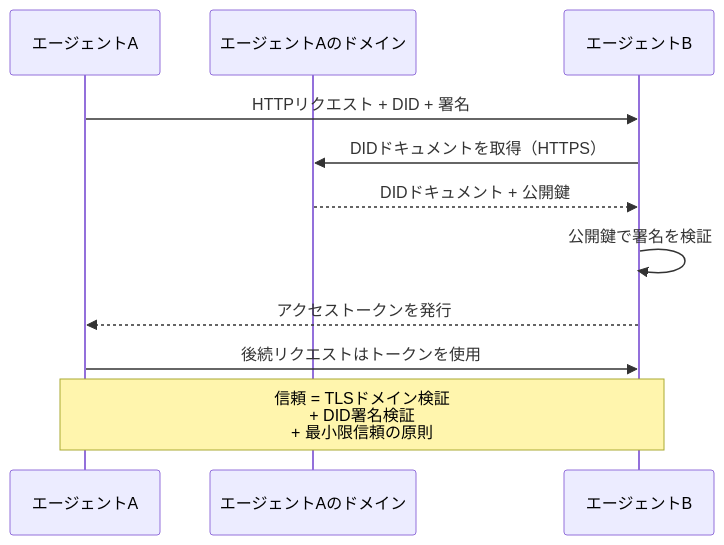
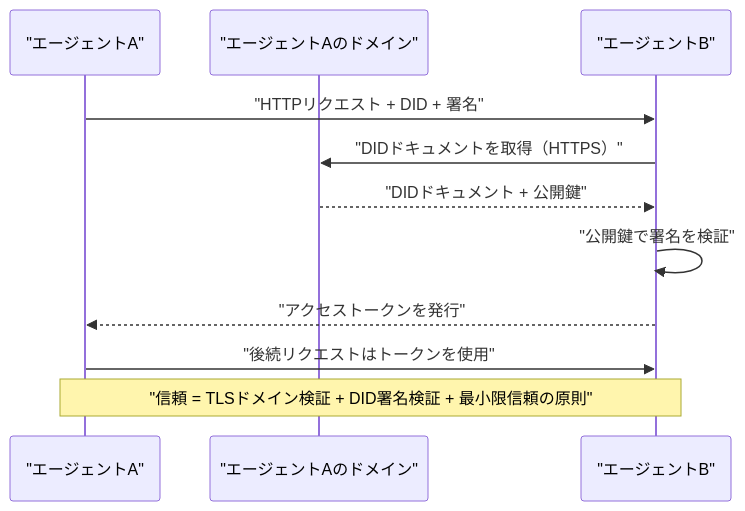
One commit to shoshoshomen/synapse-academy changed the ninth of 13 diagrams in content/phases/16-multi-agent-and-swarms/03-communication-protocols/lesson.ja.md. Above: the diagram before and after it, drawn with Mermaid. The commit also changed other lines of this file and 124 other files, not shown here.

First line of the commit message:
feat(i18n): mermaid図のラベルを日本語化(194レッスン/374図)

````diff
--- a/content/phases/16-multi-agent-and-swarms/03-communication-protocols/lesson.ja.md
+++ b/content/phases/16-multi-agent-and-swarms/03-communication-protocols/lesson.ja.md
@@ -500,14 +500,14 @@
 ```mermaid
 sequenceDiagram
-    participant A as エージェントA
-    participant Domain as エージェントAのドメイン
-    participant B as エージェントB
+    participant A as "エージェントA"
+    participant Domain as "エージェントAのドメイン"
+    participant B as "エージェントB"
 
-    A->>B: HTTPリクエスト + DID + 署名
-    B->>Domain: DIDドキュメントを取得（HTTPS）
-    Domain-->>B: DIDドキュメント + 公開鍵
-    B->>B: 公開鍵で署名を検証
-    B-->>A: アクセストークンを発行
-    A->>B: 後続リクエストはトークンを使用
-    Note over A,B: 信頼 = TLSドメイン検証<br/>+ DID署名検証<br/>+ 最小限信頼の原則
+    A->>B: "HTTPリクエスト + DID + 署名"
+    B->>Domain: "DIDドキュメントを取得（HTTPS）"
+    Domain-->>B: "DIDドキュメント + 公開鍵"
+    B->>B: "公開鍵で署名を検証"
+    B-->>A: "アクセストークンを発行"
+    A->>B: "後続リクエストはトークンを使用"
+    Note over A,B: "信頼 = TLSドメイン検証 + DID署名検証 + 最小限信頼の原則"
 ```
````
